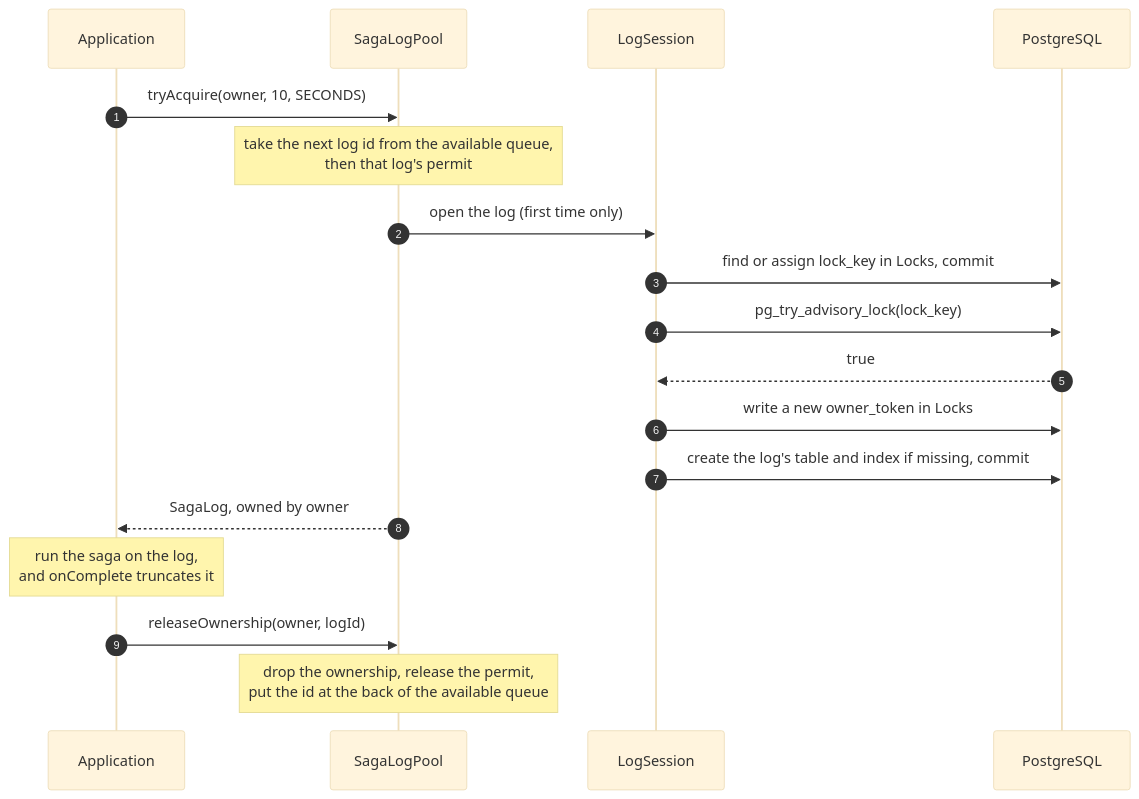
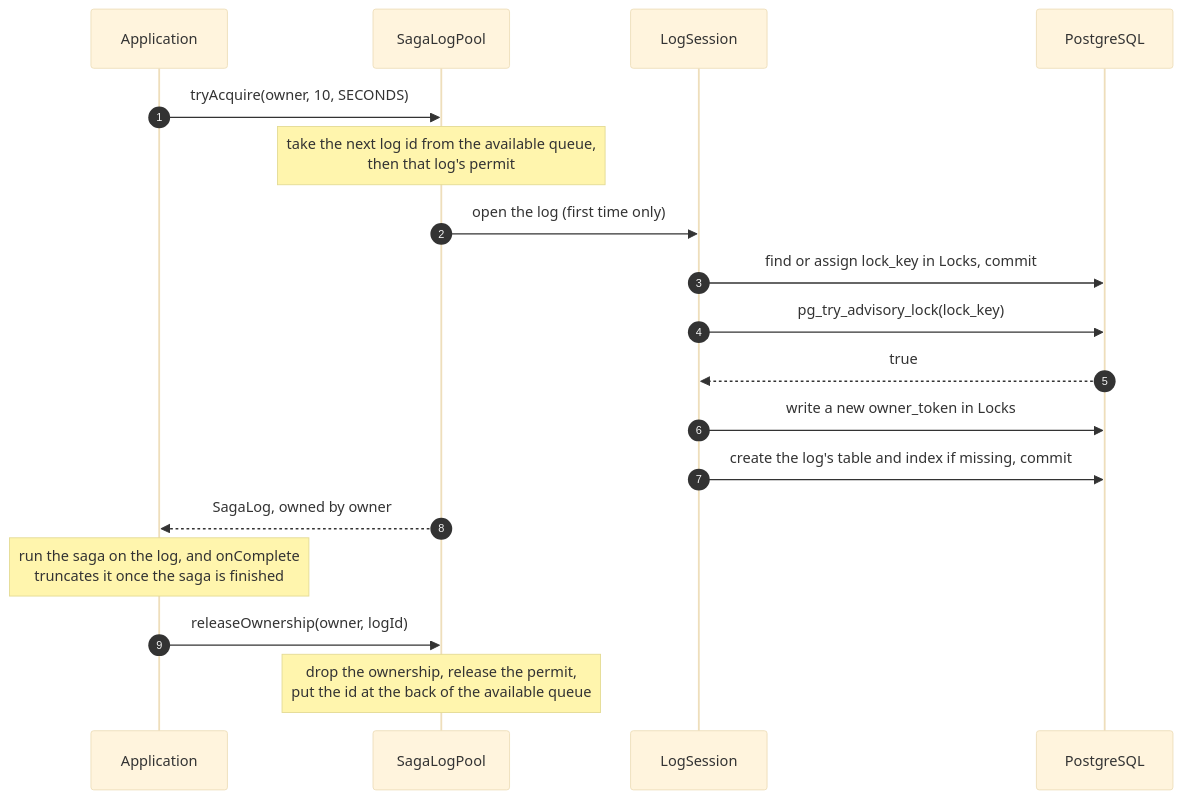
Before and after one commit to Cantara/distributed-saga: the sixth of 8 diagrams in docs/sequence-flows.md, drawn with Mermaid (base theme). The commit also changed other lines of this file and 7 other files, not shown here.

First line of the commit message:
Docs: truncate the log in onComplete only once the saga is finished; the release rule in full

````diff
--- a/docs/sequence-flows.md
+++ b/docs/sequence-flows.md
@@ -165,20 +167,20 @@
 ```mermaid
 sequenceDiagram
     autonumber
     participant App as Application
     participant P as SagaLogPool
     participant S as LogSession
     participant DB as PostgreSQL
     App->>P: tryAcquire(owner, 10, SECONDS)
     Note over P: take the next log id from the available queue,<br/>then that log's permit
     P->>S: open the log (first time only)
     S->>DB: find or assign lock_key in Locks, commit
     S->>DB: pg_try_advisory_lock(lock_key)
     DB-->>S: true
     S->>DB: write a new owner_token in Locks
     S->>DB: create the log's table and index if missing, commit
     P-->>App: SagaLog, owned by owner
-    Note over App: run the saga on the log,<br/>and onComplete truncates it
+    Note over App: run the saga on the log, and onComplete<br/>truncates it once the saga is finished
     App->>P: releaseOwnership(owner, logId)
     Note over P: drop the ownership, release the permit,<br/>put the id at the back of the available queue
 ```
````
